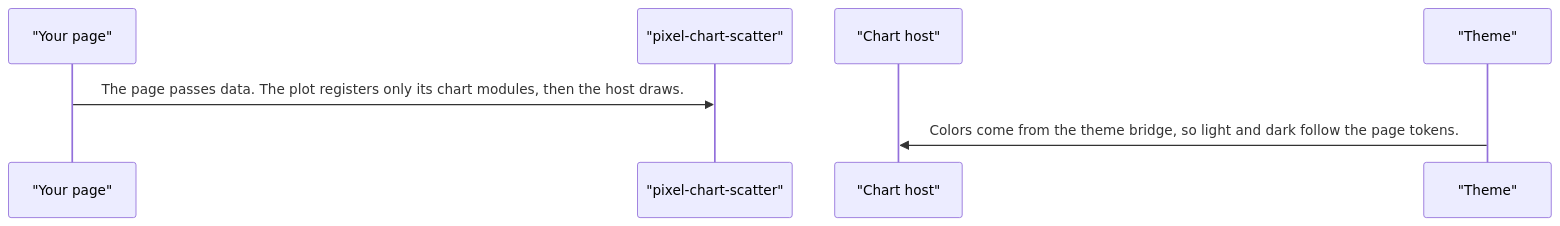
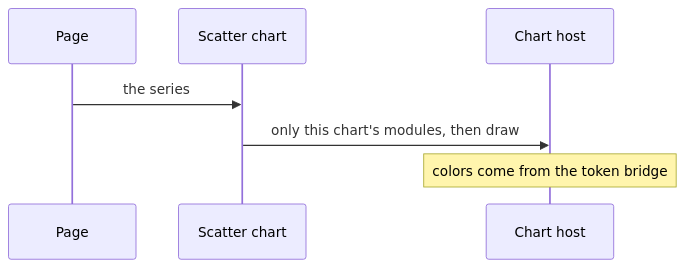
The second of 5 diagrams in projects/pixel-ui/src/lib/pixel-chart-scatter/DESIGN.md (RajshekharBorate/pixel-ui), drawn with Mermaid before and after one commit. The commit also changed other lines of this file and 73 other files, not shown here.

Commit message:
Explain who owns each value and what each flow does in every component and service design.

````diff
--- a/projects/pixel-ui/src/lib/pixel-chart-scatter/DESIGN.md
+++ b/projects/pixel-ui/src/lib/pixel-chart-scatter/DESIGN.md
@@ -59,9 +75,9 @@
 ```mermaid
 sequenceDiagram
-  participant page as "Your page"
-  participant plot as "pixel-chart-scatter"
-  participant host as "Chart host"
-  participant theme as "Theme"
-  page->>plot: The page passes data. The plot registers only its chart modules, then the host draws.
-  theme->>host: Colors come from the theme bridge, so light and dark follow the page tokens.
+  participant Page
+  participant Plot as Scatter chart
+  participant Host as Chart host
+  Page->>Plot: the series
+  Plot->>Host: only this chart's modules, then draw
+  Note over Host: colors come from the token bridge
 ```
````
